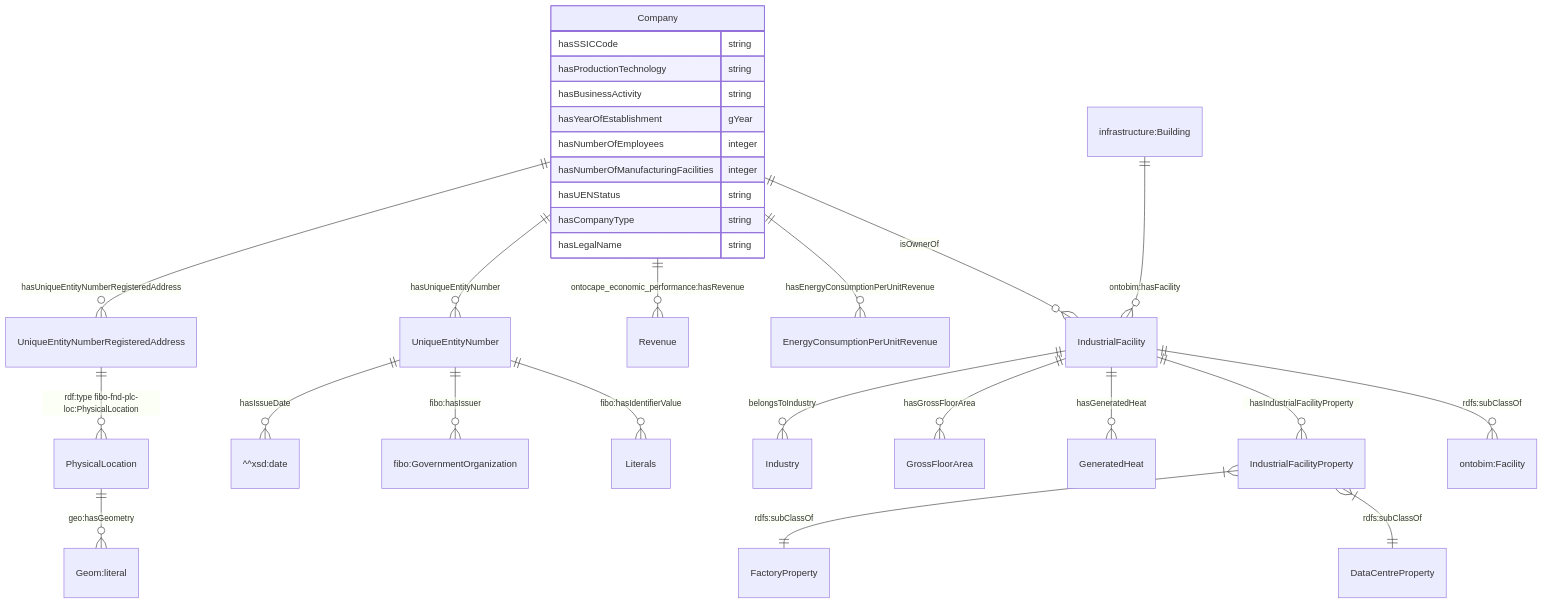
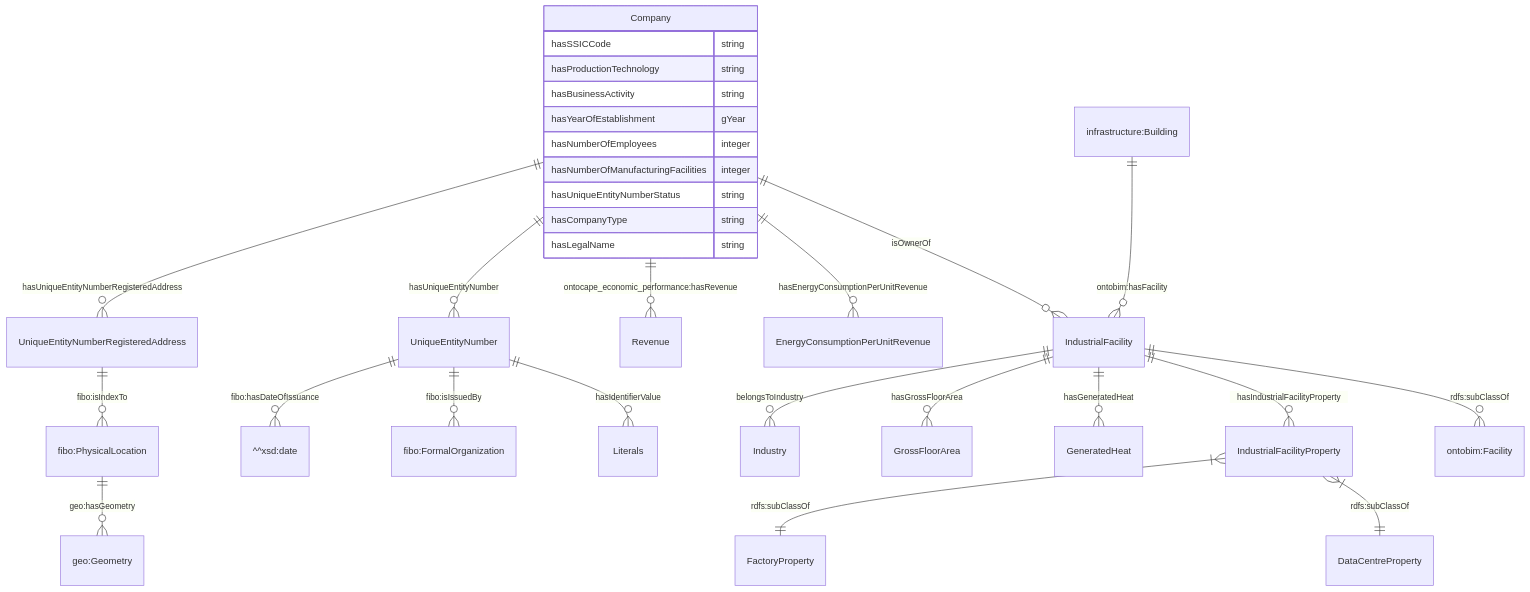
One commit to TheWorldAvatar/ontology changed the first of 5 diagrams in ontology/ontocompany/README.md. Above: the diagram before and after it, drawn with Mermaid. The commit also changed 1 other file, not shown here.

Commit message:
Updated Tbox CSV to describe entities registered with acra and to align with mermaid diagram.

````diff
--- a/ontology/ontocompany/README.md
+++ b/ontology/ontocompany/README.md
@@ -22,32 +22,32 @@
 ```mermaid
 erDiagram
     "Company" ||--o{ "IndustrialFacility" : isOwnerOf
     "Company" ||--o{ "EnergyConsumptionPerUnitRevenue" : hasEnergyConsumptionPerUnitRevenue
     "Company" ||--o{ "Revenue" : "ontocape_economic_performance:hasRevenue"
     "Company" {
         hasSSICCode string
         hasProductionTechnology string
         hasBusinessActivity string
         hasYearOfEstablishment gYear
         hasNumberOfEmployees integer
         hasNumberOfManufacturingFacilities integer
-        hasUENStatus string
+        hasUniqueEntityNumberStatus string
         hasCompanyType string
         hasLegalName string
     }
     "Company" ||--o{ "UniqueEntityNumber" : hasUniqueEntityNumber
-    "UniqueEntityNumber" ||--o{ "Literals" : "fibo:hasIdentifierValue"
-    "UniqueEntityNumber" ||--o{ "fibo:GovernmentOrganization" : "fibo:hasIssuer"
-    "UniqueEntityNumber" ||--o{ "^^xsd:date" : hasIssueDate
+    "UniqueEntityNumber" ||--o{ "Literals" : "hasIdentifierValue"
+    "UniqueEntityNumber" ||--o{ "fibo:FormalOrganization" : "fibo:isIssuedBy"
+    "UniqueEntityNumber" ||--o{ "^^xsd:date" : "fibo:hasDateOfIssuance"
     "Company" ||--o{ "UniqueEntityNumberRegisteredAddress" : hasUniqueEntityNumberRegisteredAddress
-    "UniqueEntityNumberRegisteredAddress" ||--o{ PhysicalLocation : "rdf:type fibo-fnd-plc-loc:PhysicalLocation"
-    "PhysicalLocation" ||--o{ "Geom:literal" : "geo:hasGeometry"
+    "UniqueEntityNumberRegisteredAddress" ||--o{ "fibo:PhysicalLocation" : "fibo:isIndexTo"
+    "fibo:PhysicalLocation" ||--o{ "geo:Geometry" : "geo:hasGeometry"
     "infrastructure:Building" ||--o{ "IndustrialFacility" : "ontobim:hasFacility"
     "IndustrialFacility" ||--o{ "ontobim:Facility" : "rdfs:subClassOf"
     "IndustrialFacility" ||--o{ "IndustrialFacilityProperty" : hasIndustrialFacilityProperty
     "IndustrialFacilityProperty" }|--|| "DataCentreProperty" : "rdfs:subClassOf"
     "IndustrialFacilityProperty" }|--|| "FactoryProperty" : "rdfs:subClassOf"
     "IndustrialFacility" ||--o{ "GeneratedHeat" : hasGeneratedHeat
     "IndustrialFacility" ||--o{ "GrossFloorArea" : hasGrossFloorArea
     "IndustrialFacility" ||--o{ "Industry" : belongsToIndustry
 ```
````
